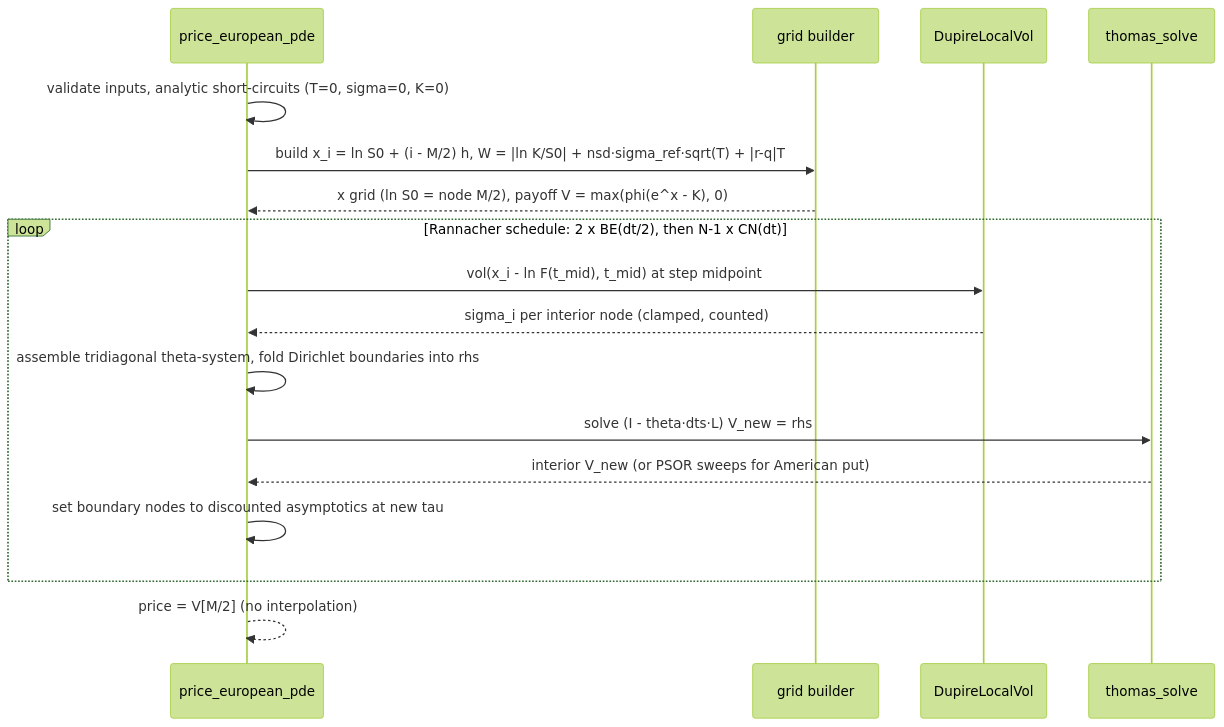
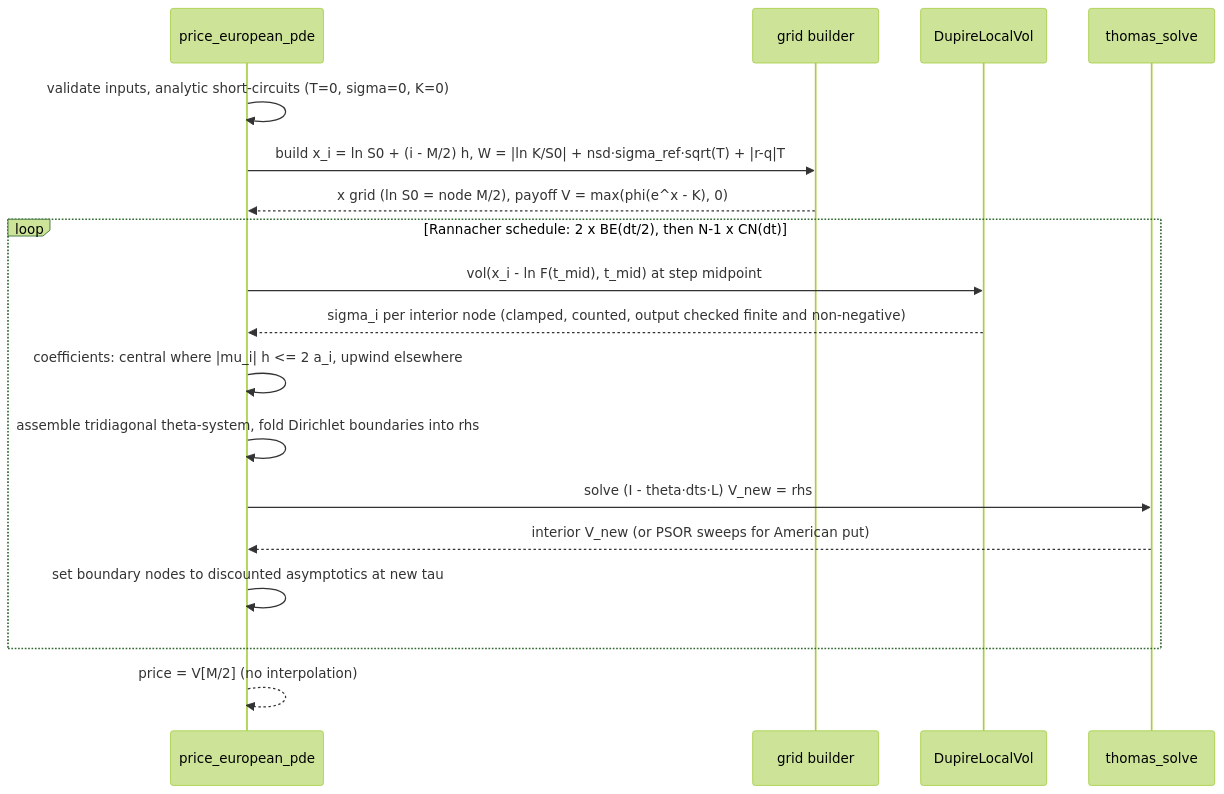
The third of 3 diagrams in docs/ARCHITECTURE.md (AshJha0/local-volatility), drawn with Mermaid (forest theme) before and after one commit. The commit also changed other lines of this file and 74 other files, not shown here.

````diff
--- a/docs/ARCHITECTURE.md
+++ b/docs/ARCHITECTURE.md
@@ -158,22 +159,23 @@
 ```mermaid
 sequenceDiagram
     participant P as price_european_pde
     participant G as grid builder
     participant D as DupireLocalVol
     participant T as thomas_solve
 
     P->>P: validate inputs, analytic short-circuits (T=0, sigma=0, K=0)
     P->>G: build x_i = ln S0 + (i - M/2) h, W = |ln K/S0| + nsd·sigma_ref·sqrt(T) + |r-q|T
     G-->>P: x grid (ln S0 = node M/2), payoff V = max(phi(e^x - K), 0)
 
     loop Rannacher schedule: 2 x BE(dt/2), then N-1 x CN(dt)
         P->>D: vol(x_i - ln F(t_mid), t_mid) at step midpoint
-        D-->>P: sigma_i per interior node (clamped, counted)
+        D-->>P: sigma_i per interior node (clamped, counted, output checked finite and non-negative)
+        P->>P: coefficients: central where |mu_i| h <= 2 a_i, upwind elsewhere
         P->>P: assemble tridiagonal theta-system, fold Dirichlet boundaries into rhs
         P->>T: solve (I - theta·dts·L) V_new = rhs
         T-->>P: interior V_new (or PSOR sweeps for American put)
         P->>P: set boundary nodes to discounted asymptotics at new tau
     end
 
     P-->>P: price = V[M/2] (no interpolation)
 ```
````
